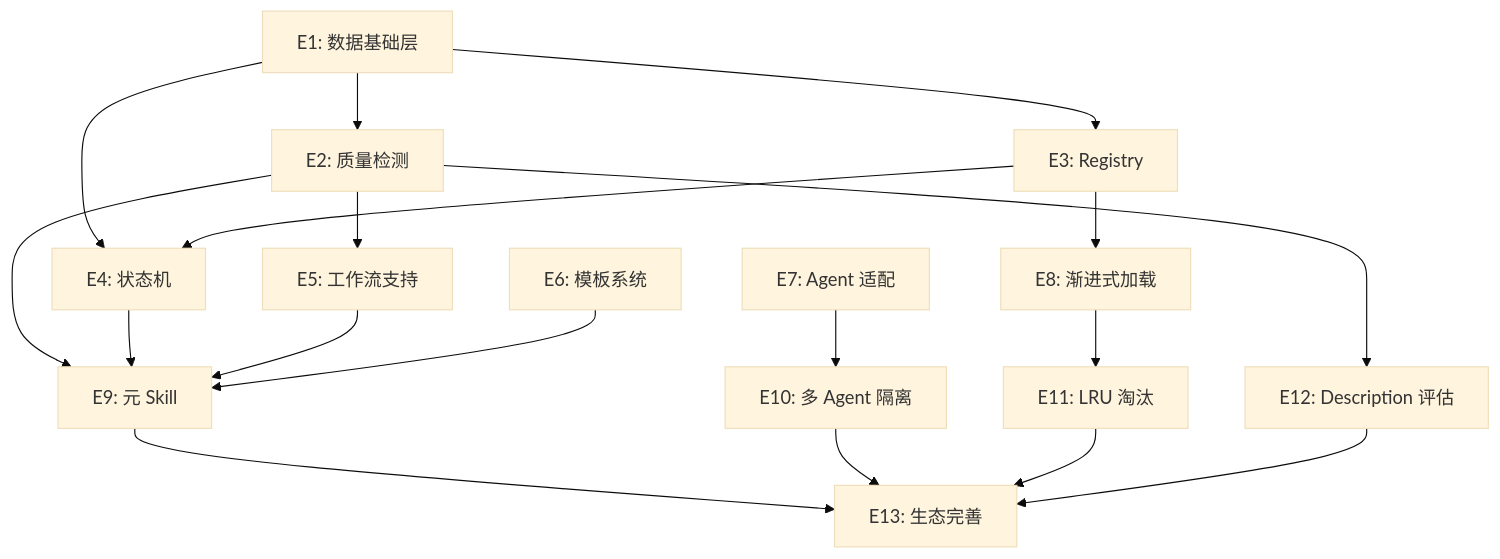
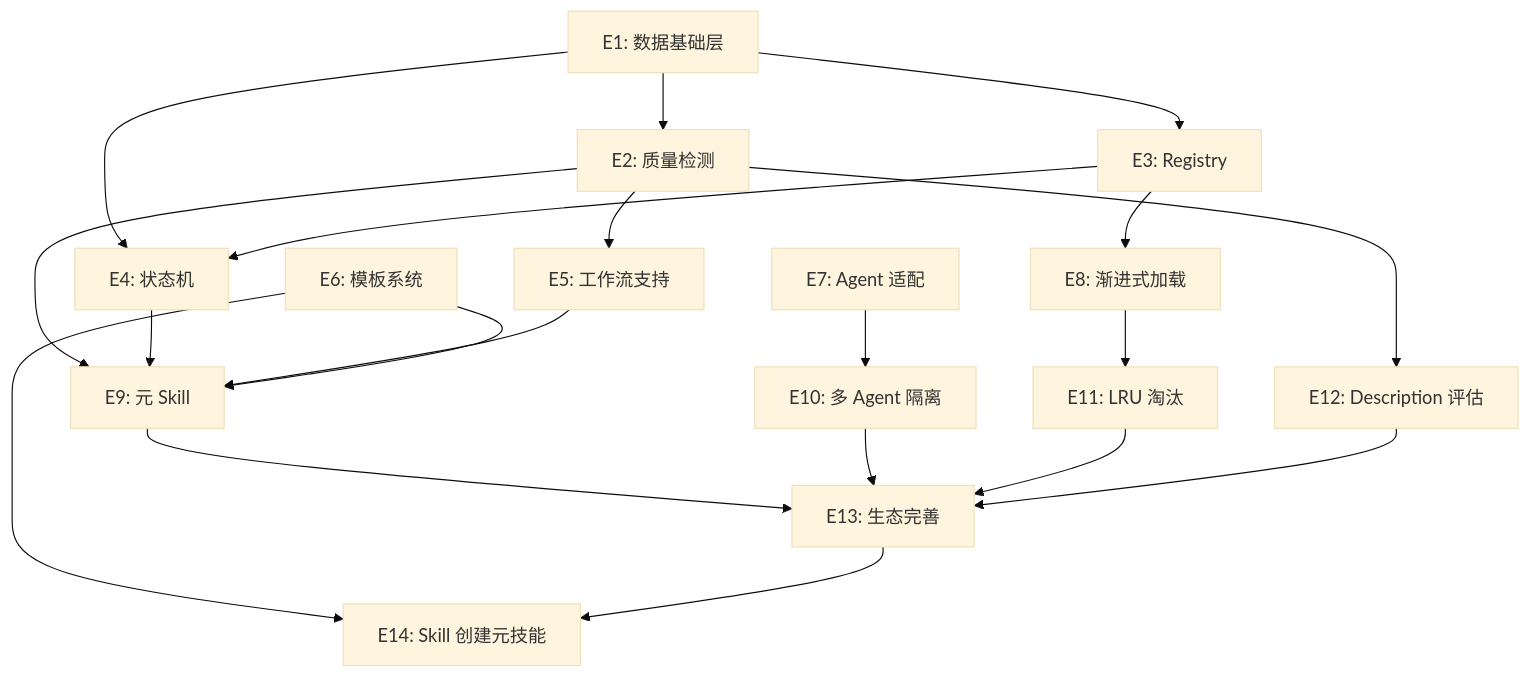
One commit to JackSmith111977/Skill-Library changed the second of 2 diagrams in PROGRESS.md. Above: the diagram before and after it, drawn with Mermaid (base theme). The commit also changed other lines of this file and 15 other files, not shown here.

First line of the commit message:
feat: Epic 14 Skill 创建元技能 — skill-creator + workflow-creator

````diff
--- a/PROGRESS.md
+++ b/PROGRESS.md
@@ -70,20 +75,22 @@
 ```mermaid
 graph TD
     E1[E1: 数据基础层] --> E2[E2: 质量检测]
     E1 --> E3[E3: Registry]
     E1 --> E4[E4: 状态机]
     E2 --> E5[E5: 工作流支持]
     E2 --> E9[E9: 元 Skill]
     E3 --> E4
     E3 --> E8[E8: 渐进式加载]
     E4 --> E9
     E5 --> E9
     E6[E6: 模板系统] --> E9
     E7[E7: Agent 适配] --> E10[E10: 多 Agent 隔离]
     E8 --> E11[E11: LRU 淘汰]
     E2 --> E12[E12: Description 评估]
     E9 --> E13[E13: 生态完善]
     E10 --> E13
     E11 --> E13
     E12 --> E13
+    E6 --> E14[E14: Skill 创建元技能]
+    E13 --> E14
 ```
````
